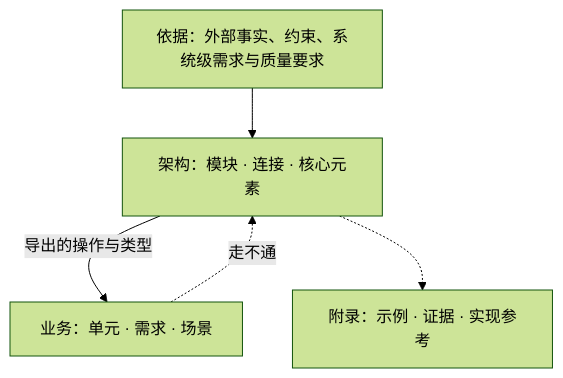
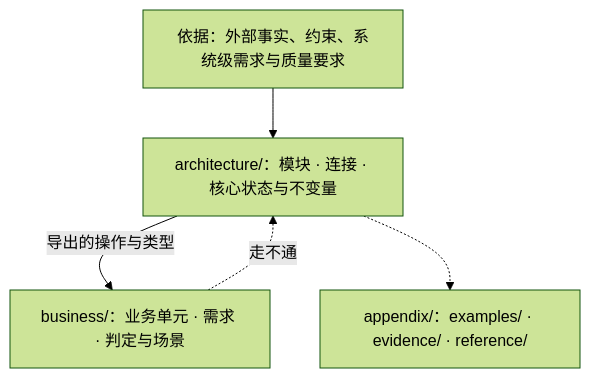
One commit to mouriya-s-lab/SSoT changed the diagram in skills/ssot/SKILL.md. Above: the diagram before and after it, drawn with Mermaid (forest theme). The commit also changed other lines of this file and 12 other files, not shown here.

````diff
--- a/skills/ssot/SKILL.md
+++ b/skills/ssot/SKILL.md
@@ -36,7 +15,7 @@
 ```mermaid
 flowchart TB
-    G["依据：外部事实、约束、系统级需求与质量要求"] --> A["架构：模块 · 连接 · 核心元素"]
-    A -->|"导出的操作与类型"| B["业务：单元 · 需求 · 场景"]
+    G["依据：外部事实、约束、系统级需求与质量要求"] --> A["architecture/：模块 · 连接 · 核心状态与不变量"]
+    A -->|"导出的操作与类型"| B["business/：业务单元 · 需求 · 判定与场景"]
     B -.->|"走不通"| A
-    A -.-> X["附录：示例 · 证据 · 实现参考"]
+    A -.-> X["appendix/：examples/ · evidence/ · reference/"]
 ```
````
